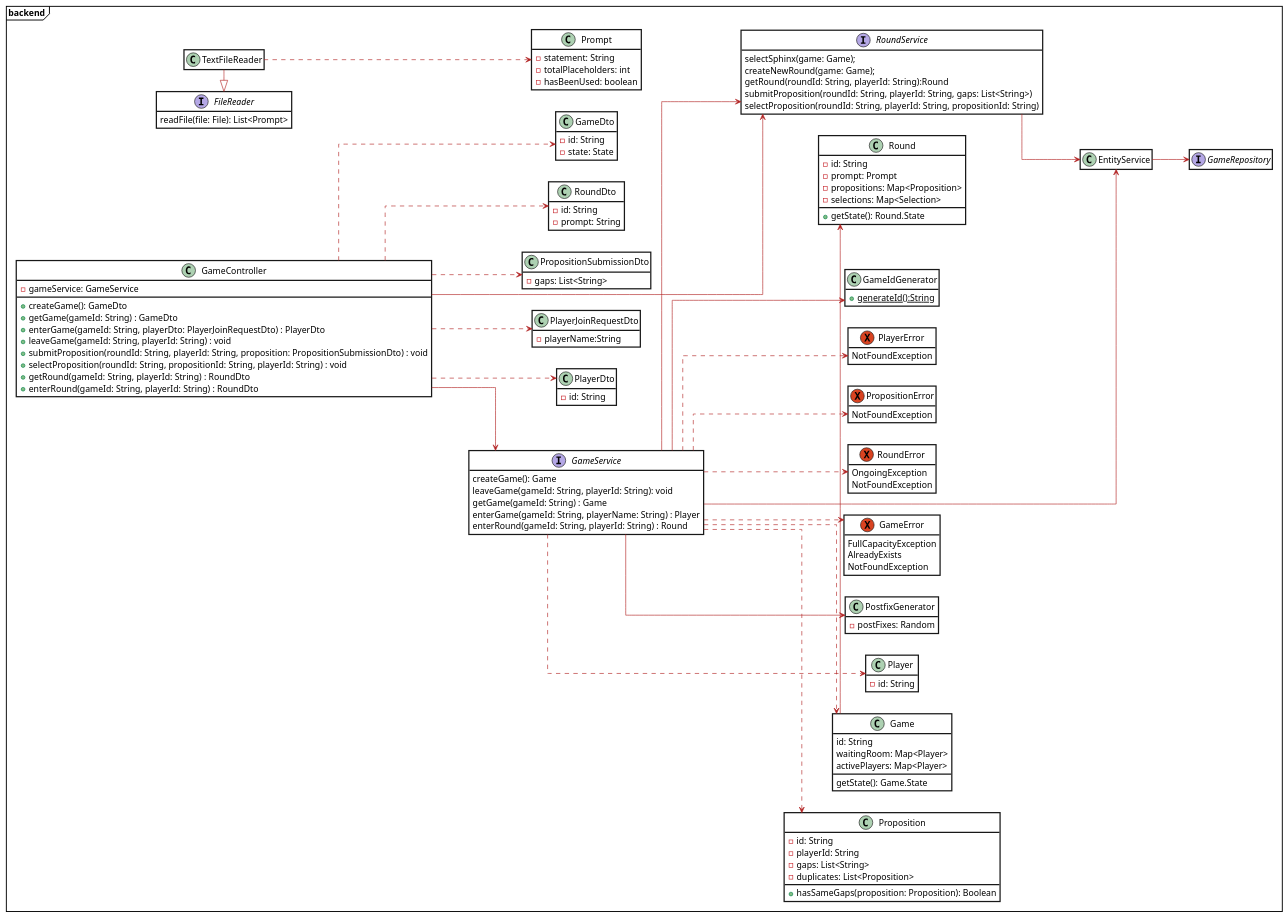
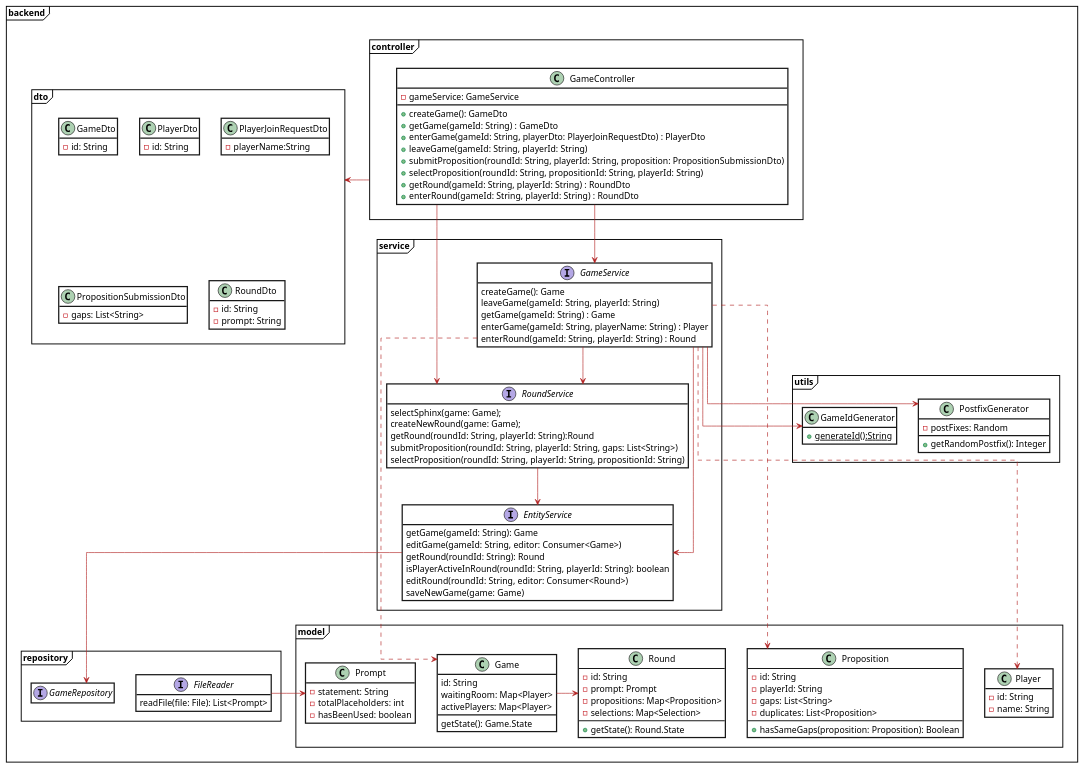
The diagram in docs/diagrams/DCD_full.plantuml (patrickwinti/worldwidewalter), drawn with PlantUML before and after one commit. The commit also changed 6 other files, not shown here.

```diff
--- a/docs/diagrams/DCD_full.plantuml
+++ b/docs/diagrams/DCD_full.plantuml
@@ -1,145 +1,142 @@
 @startuml
 skinparam class {
     BackgroundColor white
     ArrowColor Firebrick
     BorderThickness 2
 }
+skinparam Note{
+    BorderColor #FFD966
+    BackgroundColor #FFD966
+}
 skinparam roundcorner 0
 skinparam packagestyle Frame
 hide empty members
+'left to right direction
+skinparam linetype ortho
 
 package backend{
-    left to right direction
-    skinparam linetype ortho
-
-    hide empty members
-    class GameController {
-        -gameService: GameService
-        +createGame(): GameDto
-        +getGame(gameId: String) : GameDto
-        +enterGame(gameId: String, playerDto: PlayerJoinRequestDto) : PlayerDto
-        +leaveGame(gameId: String, playerId: String) : void
-        +submitProposition(roundId: String, playerId: String, proposition: PropositionSubmissionDto) : void
-        +selectProposition(roundId: String, propositionId: String, playerId: String) : void
-        +getRound(gameId: String, playerId: String) : RoundDto
-        +enterRound(gameId: String, playerId: String) : RoundDto
+    package controller {
+        class GameController {
+            -gameService: GameService
+            +createGame(): GameDto
+            +getGame(gameId: String) : GameDto
+            +enterGame(gameId: String, playerDto: PlayerJoinRequestDto) : PlayerDto
+            +leaveGame(gameId: String, playerId: String)
+            +submitProposition(roundId: String, playerId: String, proposition: PropositionSubmissionDto)
+            +selectProposition(roundId: String, propositionId: String, playerId: String)
+            +getRound(gameId: String, playerId: String) : RoundDto
+            +enterRound(gameId: String, playerId: String) : RoundDto
+        }
     }
-    class GameDto {
-        -id: String
-        -state: State
+    package dto {
+        class GameDto {
+           -id: String
+        }
+        class PlayerDto {
+           -id: String
+        }
+        class PlayerJoinRequestDto {
+            -playerName:String
+        }
+        class PropositionSubmissionDto {
+            -gaps: List<String>
+        }
+        class RoundDto {
+            -id: String
+            -prompt: String
+        }
     }
-    class Game {
-        id: String
-        waitingRoom: Map<Player>
-        activePlayers: Map<Player>
-        getState(): Game.State
+    package model {
+        class Game {
+            id: String
+            waitingRoom: Map<Player>
+            activePlayers: Map<Player>
+            getState(): Game.State
+        }
+        class Prompt{
+            -statement: String
+            -totalPlaceholders: int
+            -hasBeenUsed: boolean
+        }
+        class Proposition{
+            -id: String
+            -playerId: String
+            -gaps: List<String>
+            -duplicates: List<Proposition>
+            +hasSameGaps(proposition: Proposition): Boolean
+        }
+        class Player {
+              -id: String
+              -name: String
+        }
+        class Round {
+             -id: String
+             -prompt: Prompt
+             -propositions: Map<Proposition>
+             -selections: Map<Selection>
+             +getState(): Round.State
+        }
     }
-    class Prompt{
-        -statement: String
-        -totalPlaceholders: int
-        -hasBeenUsed: boolean
+    package service {
+        interface GameService{
+           createGame(): Game
+           leaveGame(gameId: String, playerId: String)
+           getGame(gameId: String) : Game
+           enterGame(gameId: String, playerName: String) : Player
+           enterRound(gameId: String, playerId: String) : Round
+        }
+        interface RoundService{
+            selectSphinx(game: Game);
+            createNewRound(game: Game);
+            getRound(roundId: String, playerId: String):Round
+            submitProposition(roundId: String, playerId: String, gaps: List<String>)
+            selectProposition(roundId: String, playerId: String, propositionId: String)
+        }
+        interface EntityService{
+            getGame(gameId: String): Game
+            editGame(gameId: String, editor: Consumer<Game>)
+            getRound(roundId: String): Round
+            isPlayerActiveInRound(roundId: String, playerId: String): boolean
+            editRound(roundId: String, editor: Consumer<Round>)
+            saveNewGame(game: Game)
+        }
+    }
+    package repository {
+        interface GameRepository
+         interface FileReader{
+                readFile(file: File): List<Prompt>
+         }
     }
 
-    class Proposition{
-          -id: String
-          -playerId: String
-          -gaps: List<String>
-          -duplicates: List<Proposition>
-          +hasSameGaps(proposition: Proposition): Boolean
+    package utils{
+        class PostfixGenerator {
+            -postFixes: Random
+            +getRandomPostfix(): Integer
+        }
+
+        class GameIdGenerator {
+            +generateId():String{static}
+        }
     }
+}
 
-    interface GameService{
-       createGame(): Game
-       leaveGame(gameId: String, playerId: String): void
-       getGame(gameId: String) : Game
-       enterGame(gameId: String, playerName: String) : Player
-       enterRound(gameId: String, playerId: String) : Round
-    }
-    interface RoundService{
-        selectSphinx(game: Game);
-        createNewRound(game: Game);
-        getRound(roundId: String, playerId: String):Round
-        submitProposition(roundId: String, playerId: String, gaps: List<String>)
-        selectProposition(roundId: String, playerId: String, propositionId: String)
-    }
-    interface GameRepository
-    class PlayerDto {
-        -id: String
-    }
-    class PlayerJoinRequestDto {
-        -playerName:String
-    }
-    class PropositionSubmissionDto {
-        -gaps: List<String>
-    }
-    class RoundDto {
-        -id: String
-        -prompt: String
-    }
-    class Player {
-        -id: String
-    }
-    class Round {
-        -id: String
-        -prompt: Prompt
-        -propositions: Map<Proposition>
-        -selections: Map<Selection>
-        +getState(): Round.State
-    }
-    class PostfixGenerator {
-        -postFixes: Random
-    }
-    exception GameError {
-        FullCapacityException
-        AlreadyExists
-        NotFoundException
-    }
-    exception RoundError {
-        OngoingException
-        NotFoundException
-    }
-    exception PropositionError {
-        NotFoundException
-    }
-    exception PlayerError {
-        NotFoundException
-    }
-
-    interface FileReader{
-        readFile(file: File): List<Prompt>
-    }
-
-    class TextFileReader
-    class GameIdGenerator{
-        +generateId():String{static}
-    }
-
-    GameController..>PlayerDto
-    GameController..>PlayerJoinRequestDto
-    GameController..>PropositionSubmissionDto
-    GameController..>RoundDto
-    GameController ..> GameDto
-    GameController --> RoundService
+    controller ->dto
+    GameController -> RoundService
     GameController --> GameService
 
     GameService ..> Game
     GameService ..> Player
-    GameService ..> GameError
-    GameService ..> RoundError
-    GameService ..> PlayerError
-    GameService ..> PropositionError
     GameService --> EntityService
     GameService ..> Proposition
     GameService --> PostfixGenerator
     GameService --> GameIdGenerator
     GameService --> RoundService
 
     EntityService --> GameRepository
 
     RoundService --> EntityService
 
-    TextFileReader ..> Prompt
-    FileReader<|-TextFileReader
+    FileReader -> Prompt
 
     Game -> Round
 @enduml
```
